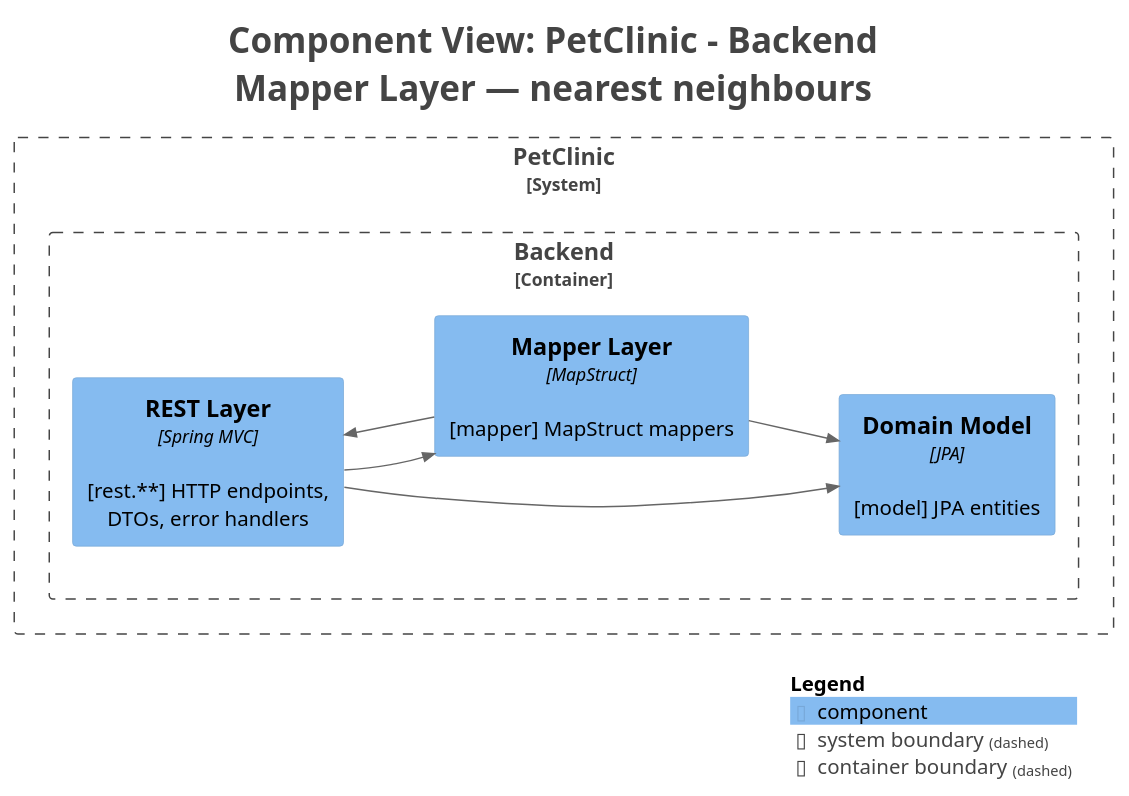
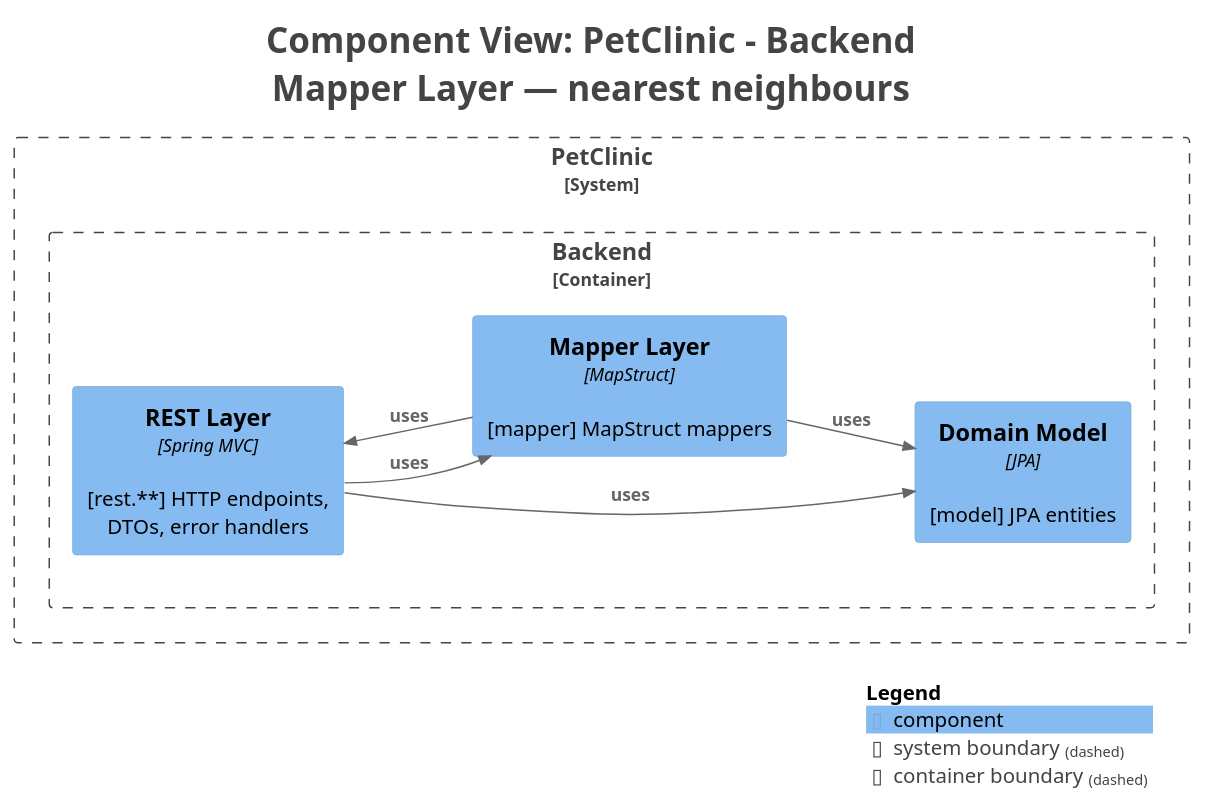
Before and after one commit to victorrentea/petclinic: the diagram in petclinic-backend/docs/generated/c4views/C3-Mapper.puml, drawn with PlantUML. The commit also changed 47 other files, not shown here.

```diff
--- a/petclinic-backend/docs/generated/c4views/C3-Mapper.puml
+++ b/petclinic-backend/docs/generated/c4views/C3-Mapper.puml
@@ -1,34 +1,34 @@
 @startuml
 title <size:24>Component View: PetClinic - Backend</size>\n<size:24>Mapper Layer — nearest neighbours</size>
 
 set separator none
 left to right direction
 
 <style>
   root {
     BackgroundColor: #ffffff
     FontColor: #444444
   }
 </style>
 
 !include <C4/C4>
 !include <C4/C4_Context>
 !include <C4/C4_Component>
 
 System_Boundary("PetClinic_boundary", "PetClinic", $tags="") {
   Container_Boundary("PetClinic.Backend_boundary", "Backend", $tags="") {
     Component(PetClinic.Backend.RESTLayer, "REST Layer", $techn="Spring MVC", $descr="[rest.**] HTTP endpoints, DTOs, error handlers", $tags="", $link="")
     Component(PetClinic.Backend.DomainModel, "Domain Model", $techn="JPA", $descr="[model] JPA entities", $tags="", $link="")
     Component(PetClinic.Backend.MapperLayer, "Mapper Layer", $techn="MapStruct", $descr="[mapper] MapStruct mappers", $tags="", $link="")
   }
 
 }
 
-Rel(PetClinic.Backend.RESTLayer, PetClinic.Backend.MapperLayer, "", $techn="", $tags="", $link="")
-Rel(PetClinic.Backend.RESTLayer, PetClinic.Backend.DomainModel, "", $techn="", $tags="", $link="")
-Rel(PetClinic.Backend.MapperLayer, PetClinic.Backend.RESTLayer, "", $techn="", $tags="", $link="")
-Rel(PetClinic.Backend.MapperLayer, PetClinic.Backend.DomainModel, "", $techn="", $tags="", $link="")
+Rel(PetClinic.Backend.RESTLayer, PetClinic.Backend.MapperLayer, "uses", $techn="", $tags="", $link="")
+Rel(PetClinic.Backend.RESTLayer, PetClinic.Backend.DomainModel, "uses", $techn="", $tags="", $link="")
+Rel(PetClinic.Backend.MapperLayer, PetClinic.Backend.RESTLayer, "uses", $techn="", $tags="", $link="")
+Rel(PetClinic.Backend.MapperLayer, PetClinic.Backend.DomainModel, "uses", $techn="", $tags="", $link="")
 
 SHOW_LEGEND(true)
 hide stereotypes
 @enduml
```
